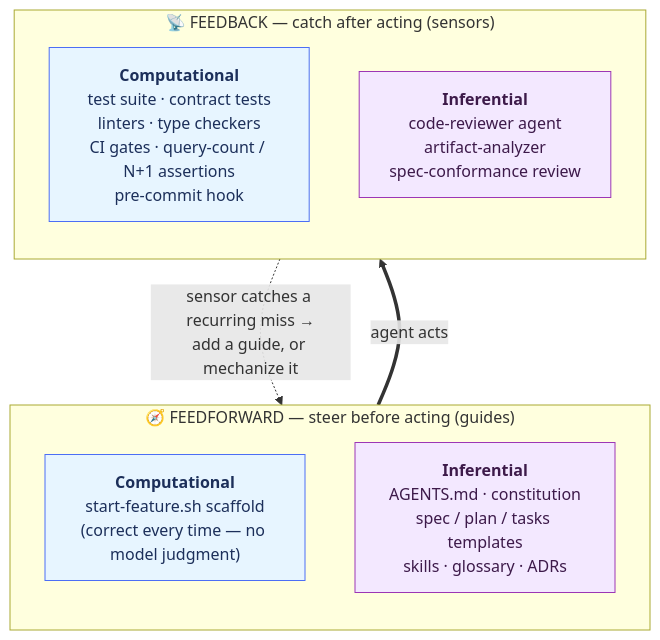
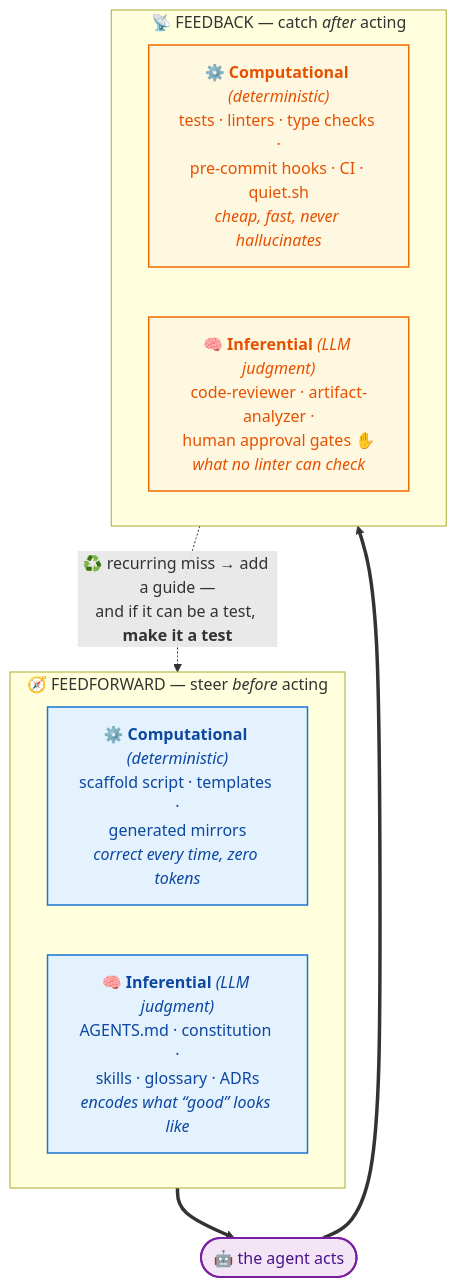
The second of 5 diagrams in README.md (saptarshibasu/spec-driven-development), drawn with Mermaid before and after one commit. The commit also changed other lines of this file and 82 other files, not shown here.

````diff
--- a/README.md
+++ b/README.md
@@ -99,20 +127,26 @@
 ```mermaid
-flowchart TB
-    subgraph FF["🧭 FEEDFORWARD — steer before acting (guides)"]
-        direction TB
-        FFC["<b>Computational</b><br/>start-feature.sh scaffold<br/>(correct every time — no model judgment)"]
-        FFI["<b>Inferential</b><br/>AGENTS.md · constitution<br/>spec / plan / tasks templates<br/>skills · glossary · ADRs"]
+flowchart TD
+    subgraph FF["&nbsp;🧭 FEEDFORWARD — steer <i>before</i> acting&nbsp;"]
+        direction LR
+        FFC["⚙️ <b>Computational</b> <i>(deterministic)</i><br/>scaffold script · templates ·<br/>generated mirrors<br/><i>correct every time, zero tokens</i>"]
+        FFI["🧠 <b>Inferential</b> <i>(LLM judgment)</i><br/>AGENTS.md · constitution ·<br/>skills · glossary · ADRs<br/><i>encodes what “good” looks like</i>"]
     end
-    subgraph FB["📡 FEEDBACK — catch after acting (sensors)"]
-        direction TB
-        FBC["<b>Computational</b><br/>test suite · contract tests<br/>linters · type checkers<br/>CI gates · query-count / N+1 assertions<br/>pre-commit hook"]
-        FBI["<b>Inferential</b><br/>code-reviewer agent<br/>artifact-analyzer<br/>spec-conformance review"]
+
+    AGENT(["🤖 the agent acts"])
+
+    subgraph FB["&nbsp;📡 FEEDBACK — catch <i>after</i> acting&nbsp;"]
+        direction LR
+        FBC["⚙️ <b>Computational</b> <i>(deterministic)</i><br/>tests · linters · type checks ·<br/>pre-commit hooks · CI · quiet.sh<br/><i>cheap, fast, never hallucinates</i>"]
+        FBI["🧠 <b>Inferential</b> <i>(LLM judgment)</i><br/>code-reviewer · artifact-analyzer ·<br/>human approval gates ✋<br/><i>what no linter can check</i>"]
     end
-    FF ==>|"agent acts"| FB
-    FB -.->|"sensor catches a recurring miss →<br/>add a guide, or mechanize it"| FF
 
-    classDef comp fill:#e7f5ff,stroke:#4c6ef5,color:#1c2f5a;
-    classDef inf fill:#f3e8ff,stroke:#9c36b5,color:#3d1a4a;
-    class FFC,FBC comp;
-    class FFI,FBI inf;
+    FF ==> AGENT ==> FB
+    FB -.->|"♻️ recurring miss → add a guide —<br/>and if it can be a test, <b>make it a test</b>"| FF
+
+    classDef guide fill:#e3f2fd,stroke:#1976d2,stroke-width:1.5px,color:#0d47a1
+    classDef sensor fill:#fff8e1,stroke:#ef6c00,stroke-width:1.5px,color:#e65100
+    classDef actor fill:#f3e5f5,stroke:#7b1fa2,stroke-width:2px,color:#4a148c
+    class FFC,FFI guide
+    class FBC,FBI sensor
+    class AGENT actor
 ```
````
